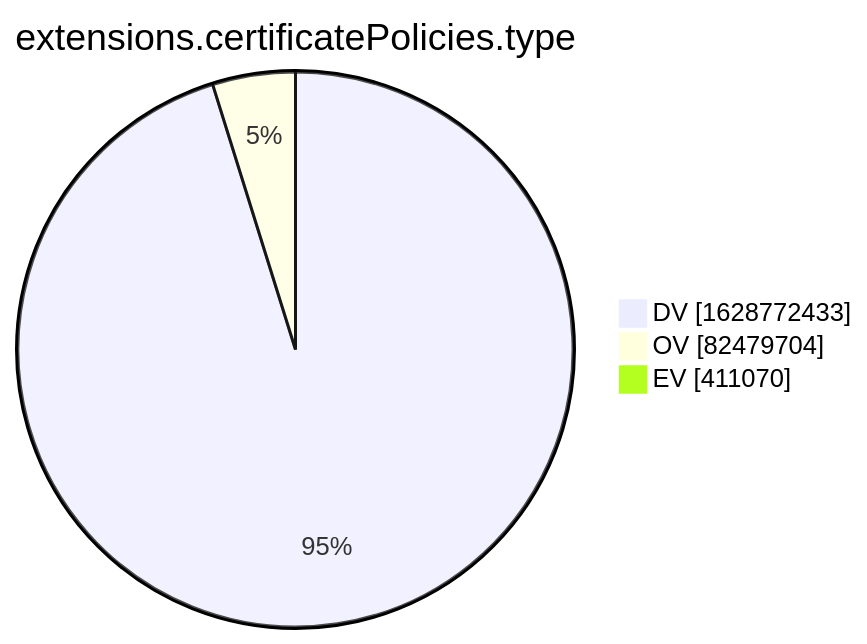
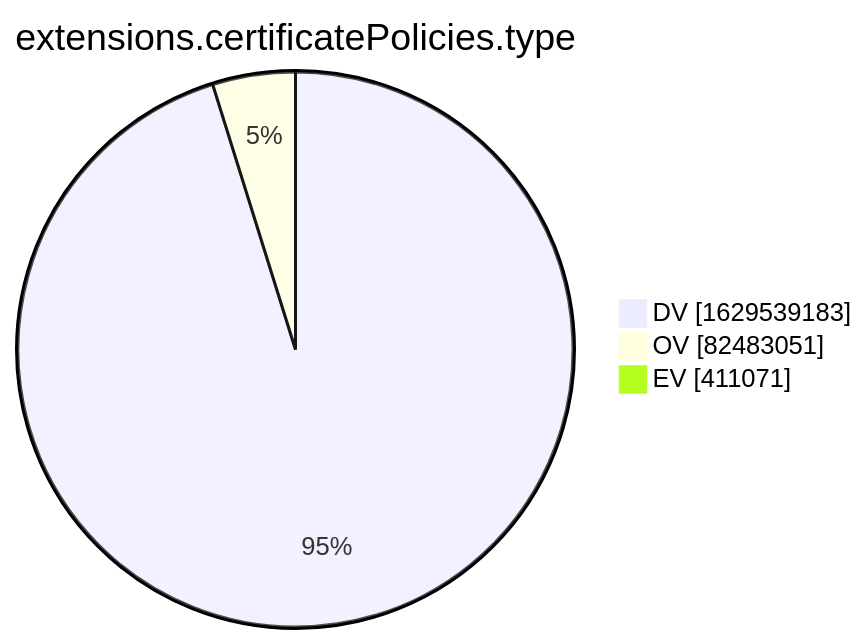
The tenth of 15 diagrams in xenon2022/README.md (christiankrug/ctmonitor_visualization), drawn with Mermaid before and after one commit. The commit also changed other lines of this file, not shown here.

````diff
--- a/xenon2022/README.md
+++ b/xenon2022/README.md
@@ -2878,7 +2878,7 @@
 ```mermaid
 pie showData
 title extensions.certificatePolicies.type
-"DV" :1628772433
-"OV" :82479704
-"EV" :411070
+"DV" :1629539183
+"OV" :82483051
+"EV" :411071
 ```
````
